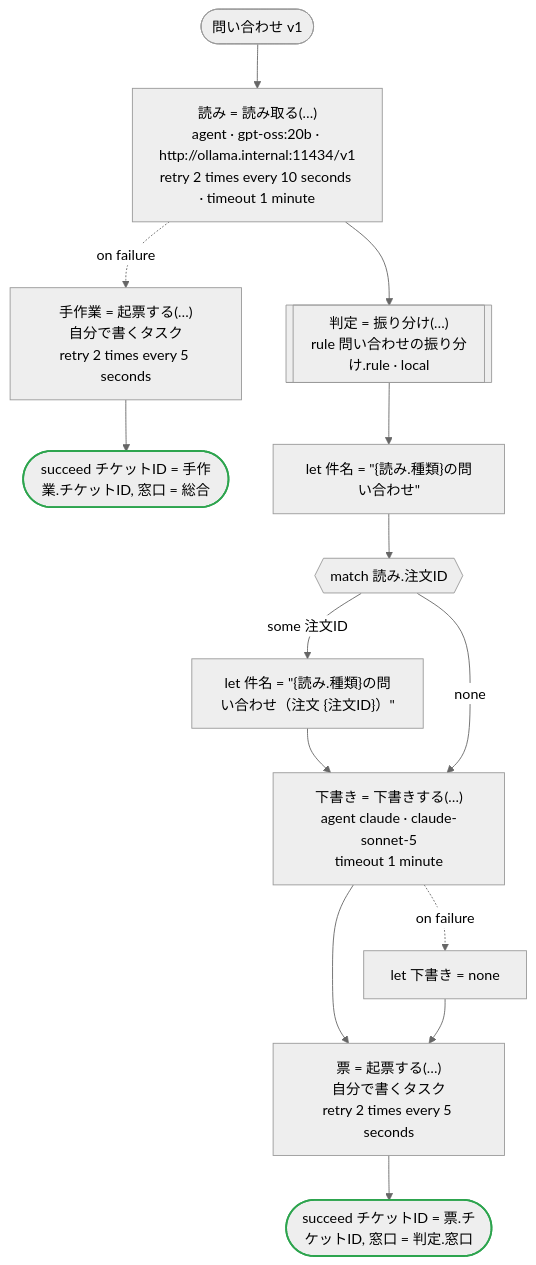
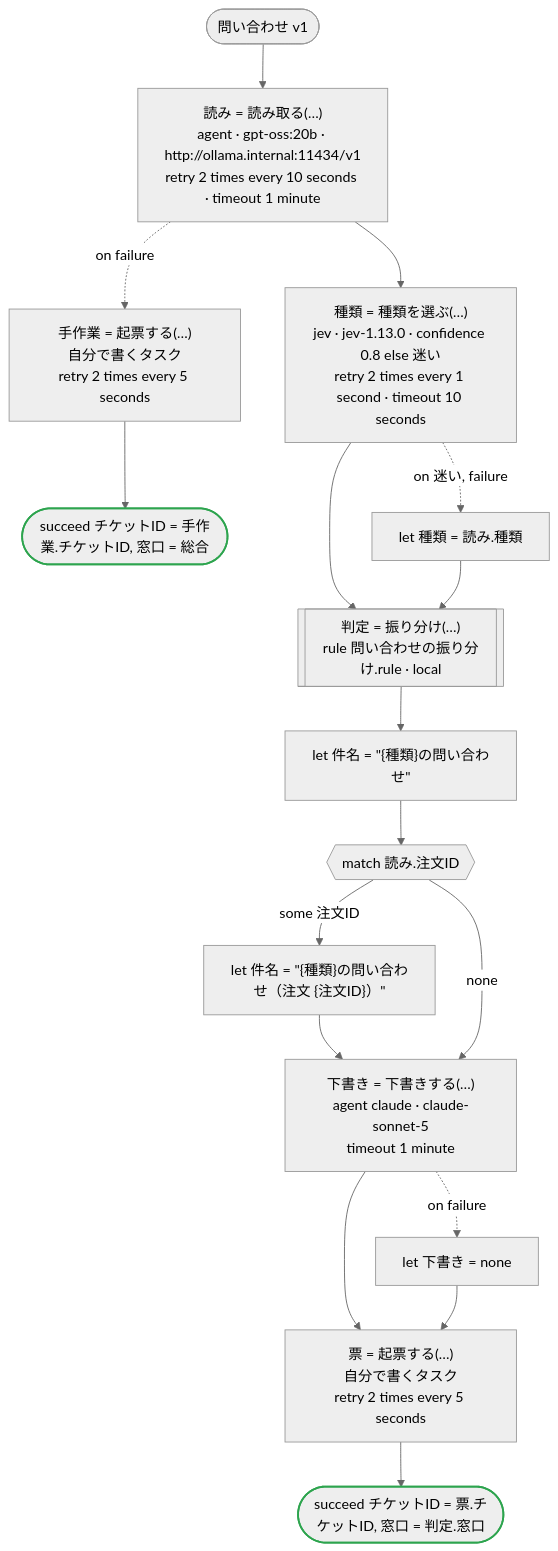
Before and after one commit to i2y/ritsu: the diagram in crates/dandori/tests/doc/examples-inquiry-temporal-inquiry-ja.ja.md, drawn with Mermaid (neutral theme). The commit also changed other lines of this file and 143 other files, not shown here.

First line of the commit message:
feat: let a task ask TypeSafe's Jev

````diff
--- a/crates/dandori/tests/doc/examples-inquiry-temporal-inquiry-ja.ja.md
+++ b/crates/dandori/tests/doc/examples-inquiry-temporal-inquiry-ja.ja.md
@@ -9,31 +9,36 @@
 ```mermaid
 flowchart TD
     start(["問い合わせ v1"])
     s1["読み = 読み取る(…)<br>agent · gpt-oss:20b · http://ollama.internal:11434/v1<br>retry 2 times every 10 seconds · timeout 1 minute"]
     s2["手作業 = 起票する(…)<br>自分で書くタスク<br>retry 2 times every 5 seconds"]
     s3(["succeed チケットID = 手作業.チケットID, 窓口 = 総合"])
-    s4[["判定 = 振り分け(…)<br>rule 問い合わせの振り分け.rule · local"]]
-    s5["let 件名 = #quot;{読み.種類}の問い合わせ#quot;"]
-    s6{{"match 読み.注文ID"}}
-    s7["let 件名 = #quot;{読み.種類}の問い合わせ（注文 {注文ID}）#quot;"]
-    s9["下書き = 下書きする(…)<br>agent claude · claude-sonnet-5<br>timeout 1 minute"]
-    s10["let 下書き = none"]
-    s11["票 = 起票する(…)<br>自分で書くタスク<br>retry 2 times every 5 seconds"]
-    s12(["succeed チケットID = 票.チケットID, 窓口 = 判定.窓口"])
+    s4["種類 = 種類を選ぶ(…)<br>jev · jev-1.13.0 · confidence 0.8 else 迷い<br>retry 2 times every 1 second · timeout 10 seconds"]
+    s5["let 種類 = 読み.種類"]
+    s6[["判定 = 振り分け(…)<br>rule 問い合わせの振り分け.rule · local"]]
+    s7["let 件名 = #quot;{種類}の問い合わせ#quot;"]
+    s8{{"match 読み.注文ID"}}
+    s9["let 件名 = #quot;{種類}の問い合わせ（注文 {注文ID}）#quot;"]
+    s11["下書き = 下書きする(…)<br>agent claude · claude-sonnet-5<br>timeout 1 minute"]
+    s12["let 下書き = none"]
+    s13["票 = 起票する(…)<br>自分で書くタスク<br>retry 2 times every 5 seconds"]
+    s14(["succeed チケットID = 票.チケットID, 窓口 = 判定.窓口"])
     start --> s1
     s1 -.->|"on failure"| s2
     s2 --> s3
     s1 --> s4
-    s4 --> s5
+    s4 -.->|"on 迷い, failure"| s5
+    s4 --> s6
     s5 --> s6
-    s6 -->|"some 注文ID"| s7
-    s7 --> s9
-    s6 -->|"none"| s9
-    s9 -.->|"on failure"| s10
+    s6 --> s7
+    s7 --> s8
+    s8 -->|"some 注文ID"| s9
     s9 --> s11
-    s10 --> s11
-    s11 --> s12
+    s8 -->|"none"| s11
+    s11 -.->|"on failure"| s12
+    s11 --> s13
+    s12 --> s13
+    s13 --> s14
     classDef ok stroke:#2da44e,stroke-width:2px
     classDef bad stroke:#cf222e,stroke-width:2px
-    class s3,s12 ok
+    class s3,s14 ok
 ```
````
